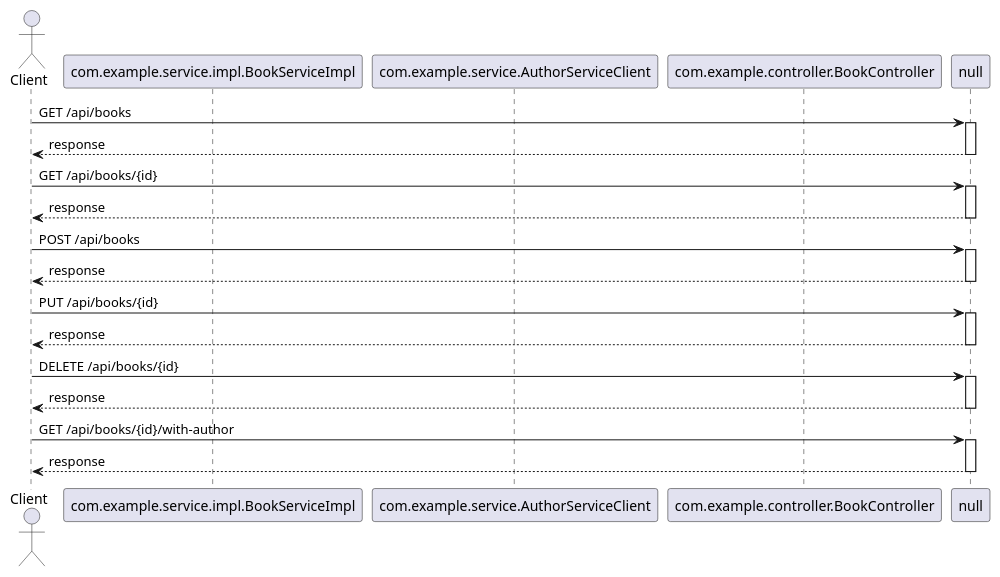
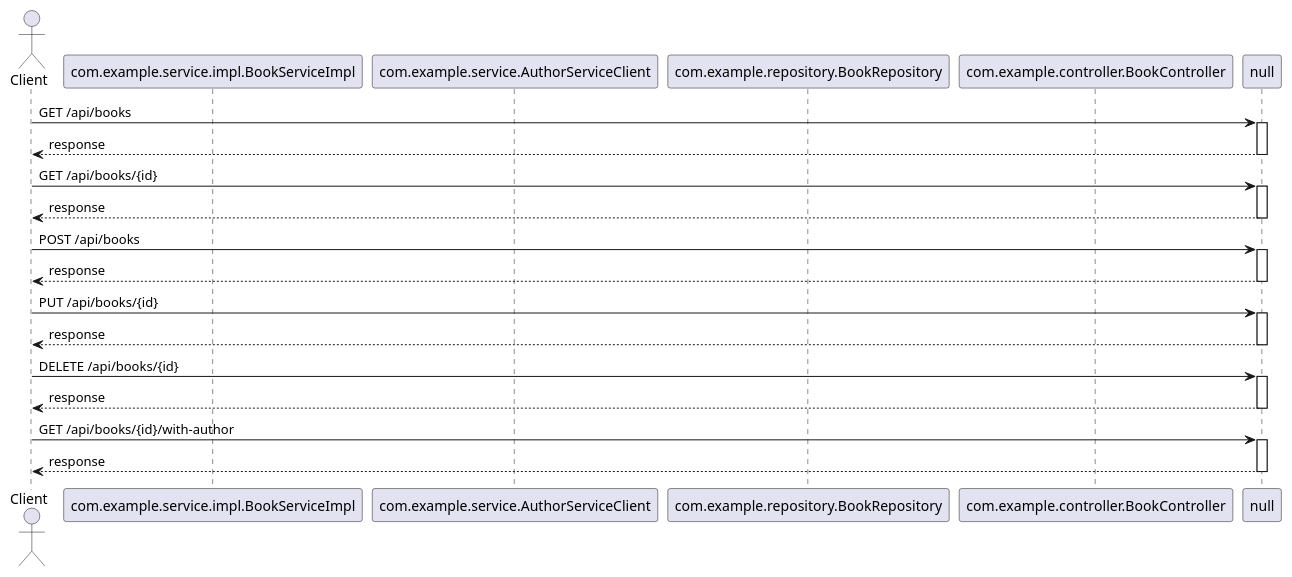
One commit to vanhieptech/hackathon changed the diagram in SequenceDiagramGenerator/detailed_sequence_diagram.puml. Above: the diagram before and after it, drawn with PlantUML. The commit also changed 6 other files, not shown here.

Commit message:
diagram v1

```diff
--- a/SequenceDiagramGenerator/detailed_sequence_diagram.puml
+++ b/SequenceDiagramGenerator/detailed_sequence_diagram.puml
@@ -1,30 +1,31 @@
 @startuml
 actor Client
-participant "com.example.service.impl.BookServiceImpl" as Service1
-participant "com.example.service.AuthorServiceClient" as Service2
-participant "com.example.controller.BookController" as Controller0
+participant "com.example.service.impl.BookServiceImpl" as Service2
+participant "com.example.service.AuthorServiceClient" as Service3
+participant "com.example.repository.BookRepository" as Component0
+participant "com.example.controller.BookController" as Controller1
 Client -> null : GET /api/books
 activate null
 null --> Client : response
 deactivate null
 Client -> null : GET /api/books/{id}
 activate null
 null --> Client : response
 deactivate null
 Client -> null : POST /api/books
 activate null
 null --> Client : response
 deactivate null
 Client -> null : PUT /api/books/{id}
 activate null
 null --> Client : response
 deactivate null
 Client -> null : DELETE /api/books/{id}
 activate null
 null --> Client : response
 deactivate null
 Client -> null : GET /api/books/{id}/with-author
 activate null
 null --> Client : response
 deactivate null
 @enduml
```
